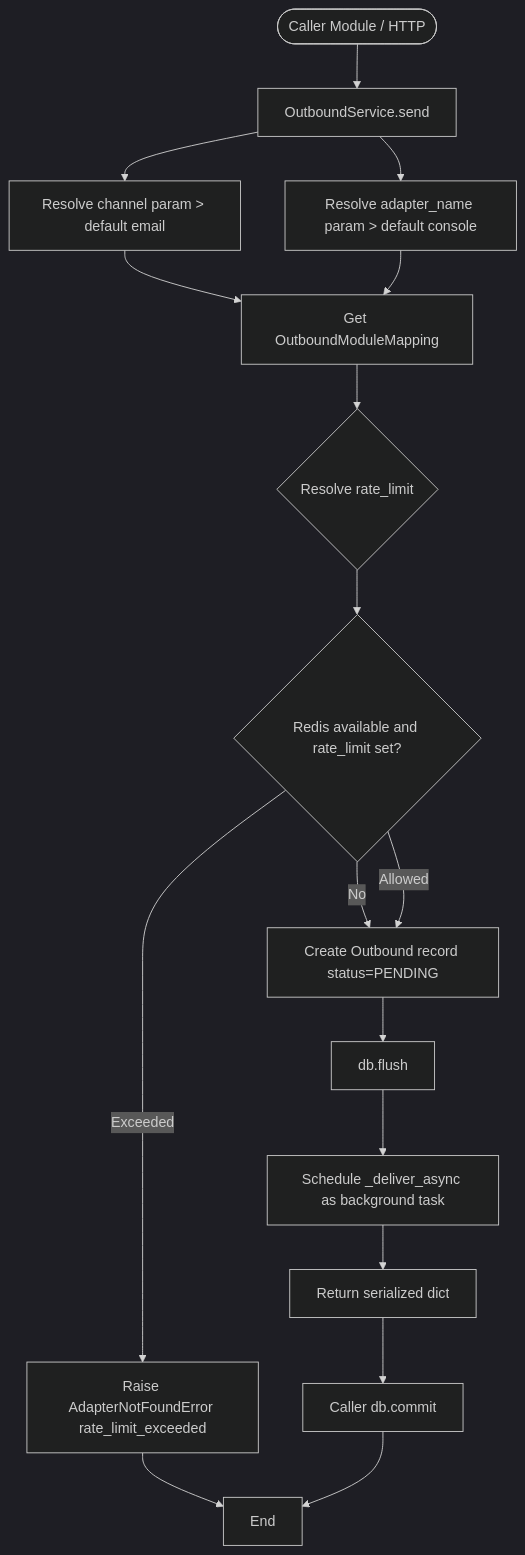
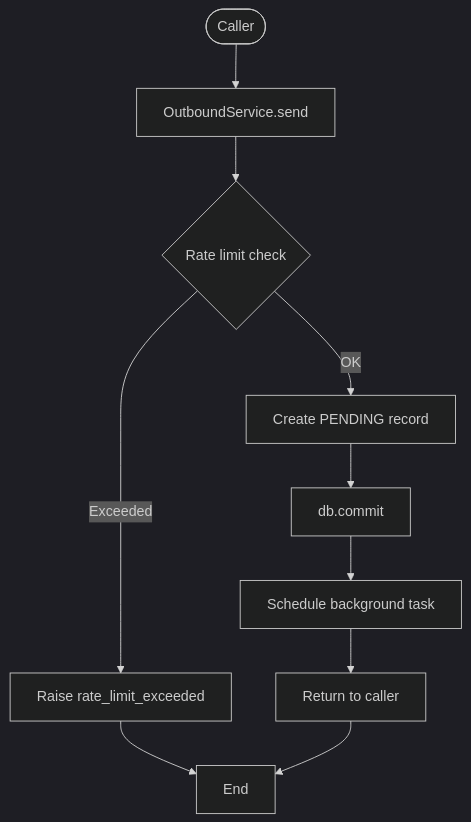
The third of 4 diagrams in README.md (TNet-Tech/chacc_outbound), drawn with Mermaid (dark theme) before and after one commit. The commit also changed other lines of this file, not shown here.

````diff
--- a/README.md
+++ b/README.md
@@ -298,19 +350,12 @@
 ```mermaid
 flowchart TD
-    Start([Caller Module / HTTP]) --> A[OutboundService.send]
-    A --> B[Resolve channel param > default email]
-    A --> C[Resolve adapter_name param > default console]
-    B --> D[Get OutboundModuleMapping]
-    C --> D
-    D --> E{Resolve rate_limit}
-    E --> F{Redis available and rate_limit set?}
-    F -->|No| G[Create Outbound record status=PENDING]
-    F -->|Exceeded| Error1[Raise AdapterNotFoundError rate_limit_exceeded]
-    F -->|Allowed| G
-    G --> H[db.flush]
-    H --> I[Schedule _deliver_async as background task]
-    I --> J[Return serialized dict]
-    J --> K[Caller db.commit]
+    Start([Caller]) --> A[OutboundService.send]
+    A --> B{Rate limit check}
+    B -->|Exceeded| Error1[Raise rate_limit_exceeded]
+    B -->|OK| C[Create PENDING record]
+    C --> D[db.commit]
+    D --> E[Schedule background task]
+    E --> F[Return to caller]
     Error1 --> End
-    K --> End
+    F --> End
 ```
````
